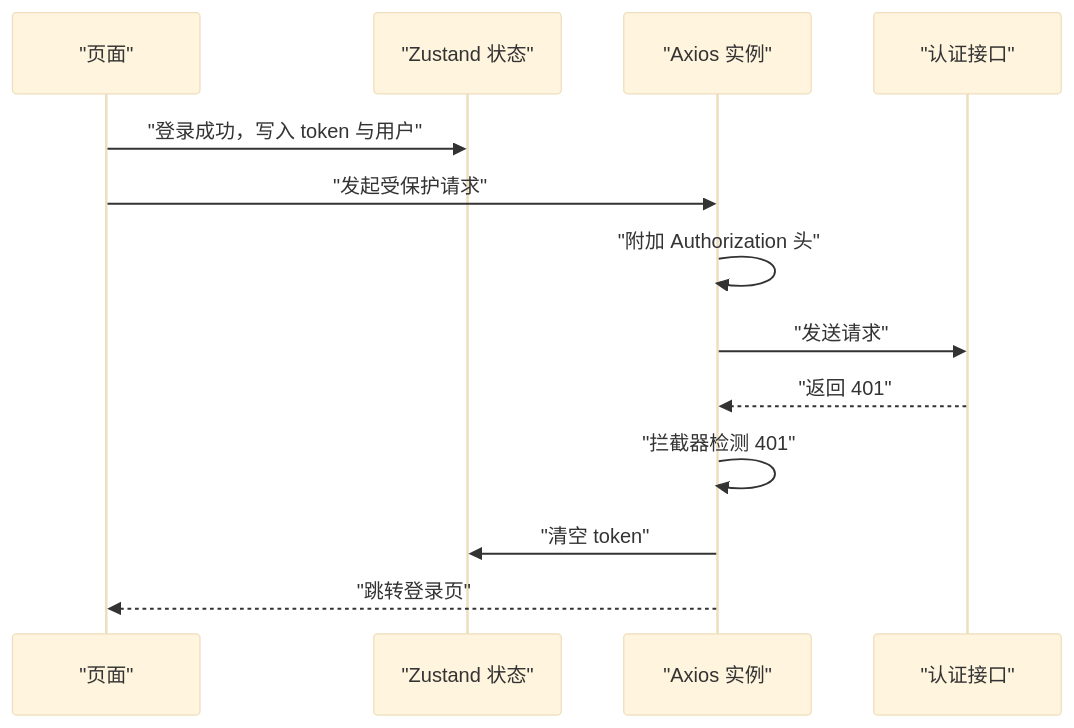
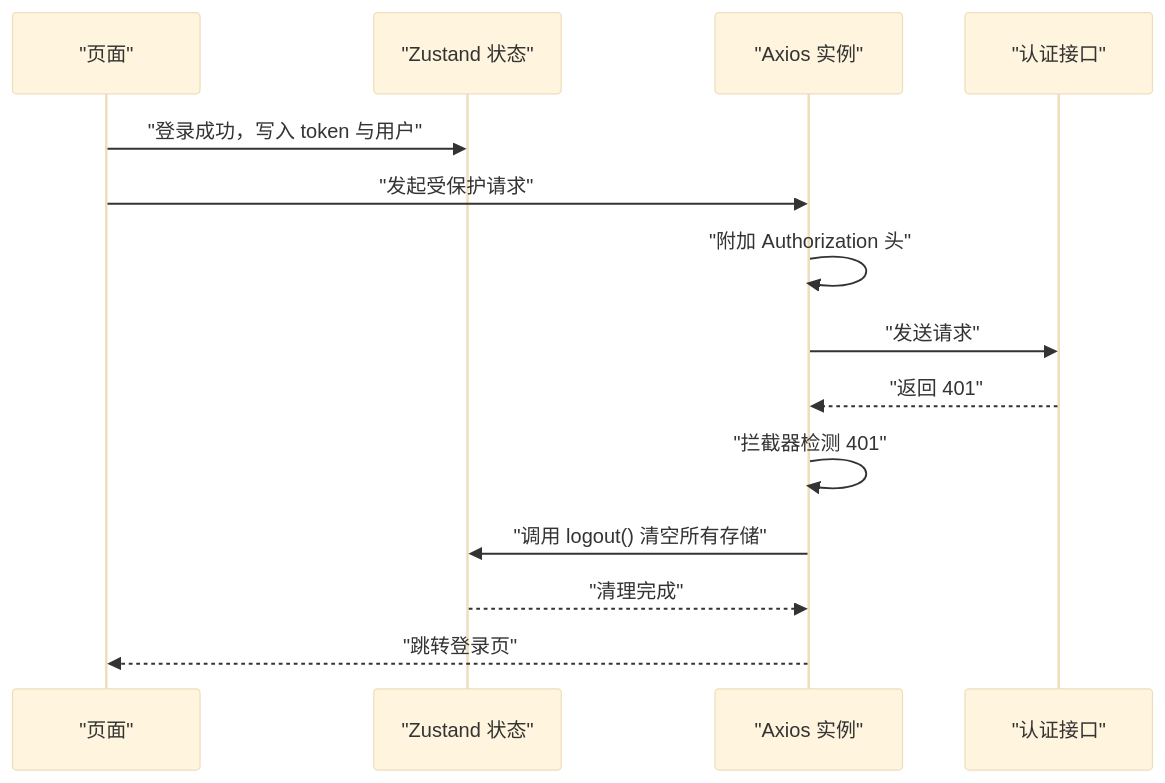
The fifth of 7 diagrams in .qoder/repowiki/zh/content/认证与安全/认证与安全.md (gujialind/InvestRing), drawn with Mermaid (base theme) before and after one commit. The commit also changed other lines of this file and 32 other files, not shown here.

````diff
--- a/.qoder/repowiki/zh/content/认证与安全/认证与安全.md
+++ b/.qoder/repowiki/zh/content/认证与安全/认证与安全.md
@@ -245,15 +251,16 @@
 ```mermaid
 sequenceDiagram
 participant UI as "页面"
 participant Store as "Zustand 状态"
 participant API as "Axios 实例"
 participant Auth as "认证接口"
 UI->>Store : "登录成功，写入 token 与用户"
 UI->>API : "发起受保护请求"
 API->>API : "附加 Authorization 头"
 API->>Auth : "发送请求"
 Auth-->>API : "返回 401"
 API->>API : "拦截器检测 401"
-API->>Store : "清空 token"
+API->>Store : "调用 logout() 清空所有存储"
+Store-->>API : "清理完成"
 API-->>UI : "跳转登录页"
 ```
````
